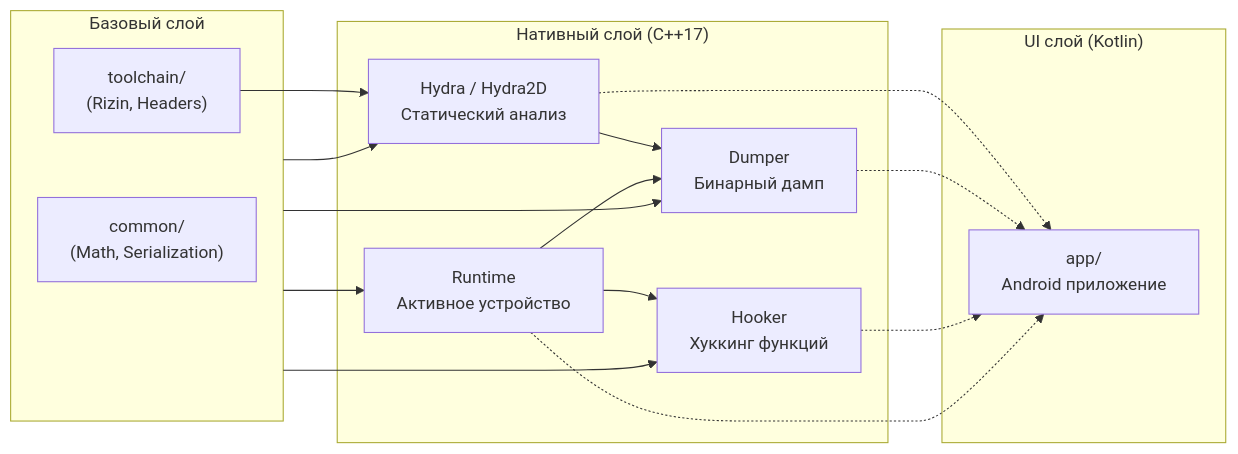
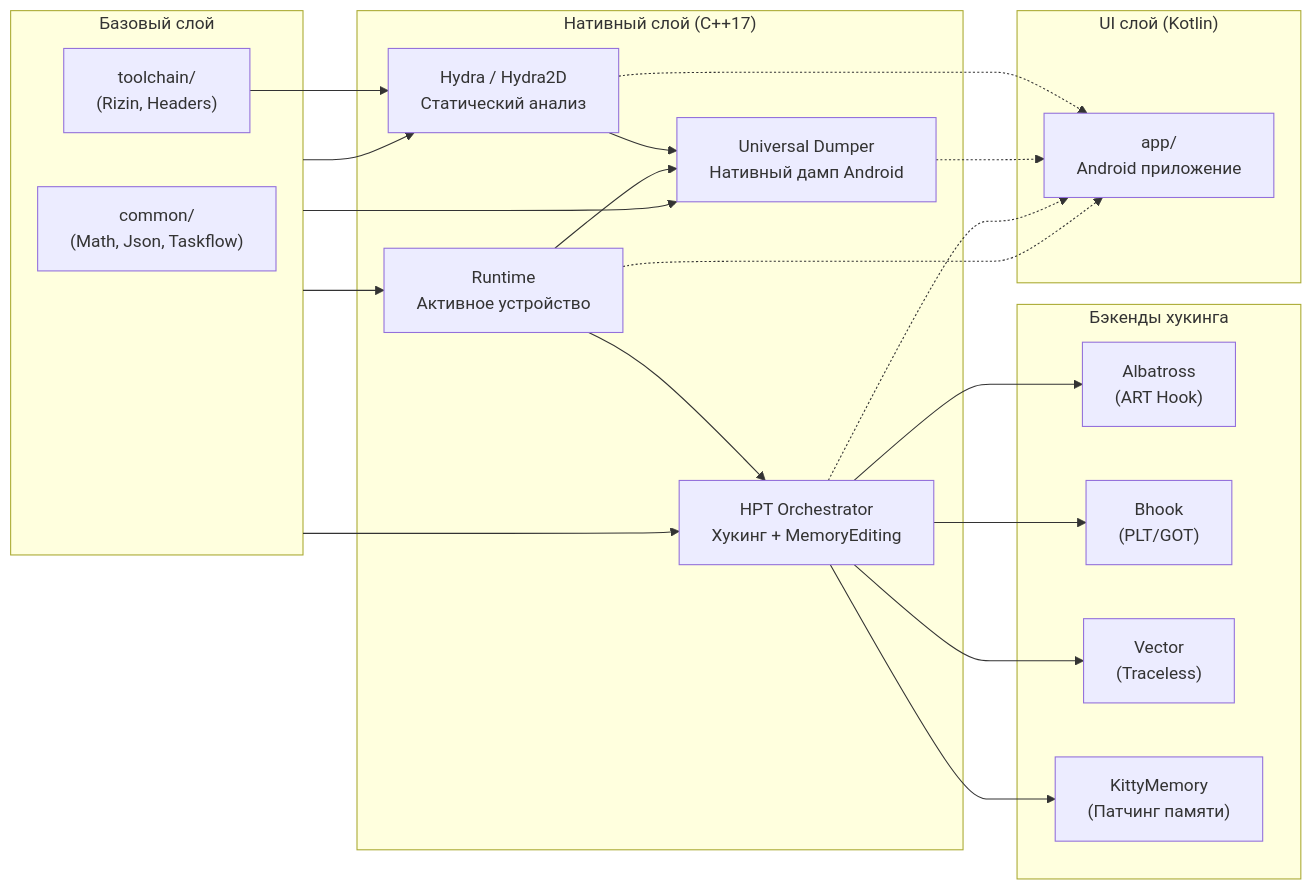
Before and after one commit to CicakDroid/OmniByte: the second of 2 diagrams in README_RU.md, drawn with Mermaid. The commit also changed other lines of this file and 5 other files, not shown here.

First line of the commit message:
docs: refresh all README diagrams & add build script

````diff
--- a/README_RU.md
+++ b/README_RU.md
@@ -225,33 +247,44 @@
 ```mermaid
 flowchart LR
     subgraph CORE["Базовый слой"]
-        COMMON["common/\n(Math, Serialization)"]
+        COMMON["common/\n(Math, Json, Taskflow)"]
         TOOLCHAIN["toolchain/\n(Rizin, Headers)"]
     end
 
     subgraph NATIVE["Нативный слой (C++17)"]
         HYDRA["Hydra / Hydra2D\nСтатический анализ"]
-        DUMPER["Dumper\nБинарный дамп"]
-        HOOKER["Hooker\nХуккинг функций"]
+        DUMPER["Universal Dumper\nНативный дамп Android"]
+        HPT["HPT Orchestrator\nХукинг + MemoryEditing"]
         RUNTIME["Runtime\nАктивное устройство"]
+    end
+
+    subgraph HOOKS["Бэкенды хукинга"]
+        HK_ART["Albatross\n(ART Hook)"]
+        HK_BHK["Bhook\n(PLT/GOT)"]
+        HK_VEC["Vector\n(Traceless)"]
+        HK_KIT["KittyMemory\n(Патчинг памяти)"]
     end
 
     subgraph UI["UI слой (Kotlin)"]
         APP["app/\nAndroid приложение"]
     end
 
     CORE --> HYDRA
     CORE --> DUMPER
-    CORE --> HOOKER
+    CORE --> HPT
     CORE --> RUNTIME
     TOOLCHAIN --> HYDRA
 
     HYDRA --> DUMPER
     RUNTIME --> DUMPER
-    RUNTIME --> HOOKER
+    RUNTIME --> HPT
+    HPT --> HK_ART
+    HPT --> HK_BHK
+    HPT --> HK_VEC
+    HPT --> HK_KIT
 
     HYDRA -.-> APP
     DUMPER -.-> APP
-    HOOKER -.-> APP
+    HPT -.-> APP
     RUNTIME -.-> APP
 ```
````
